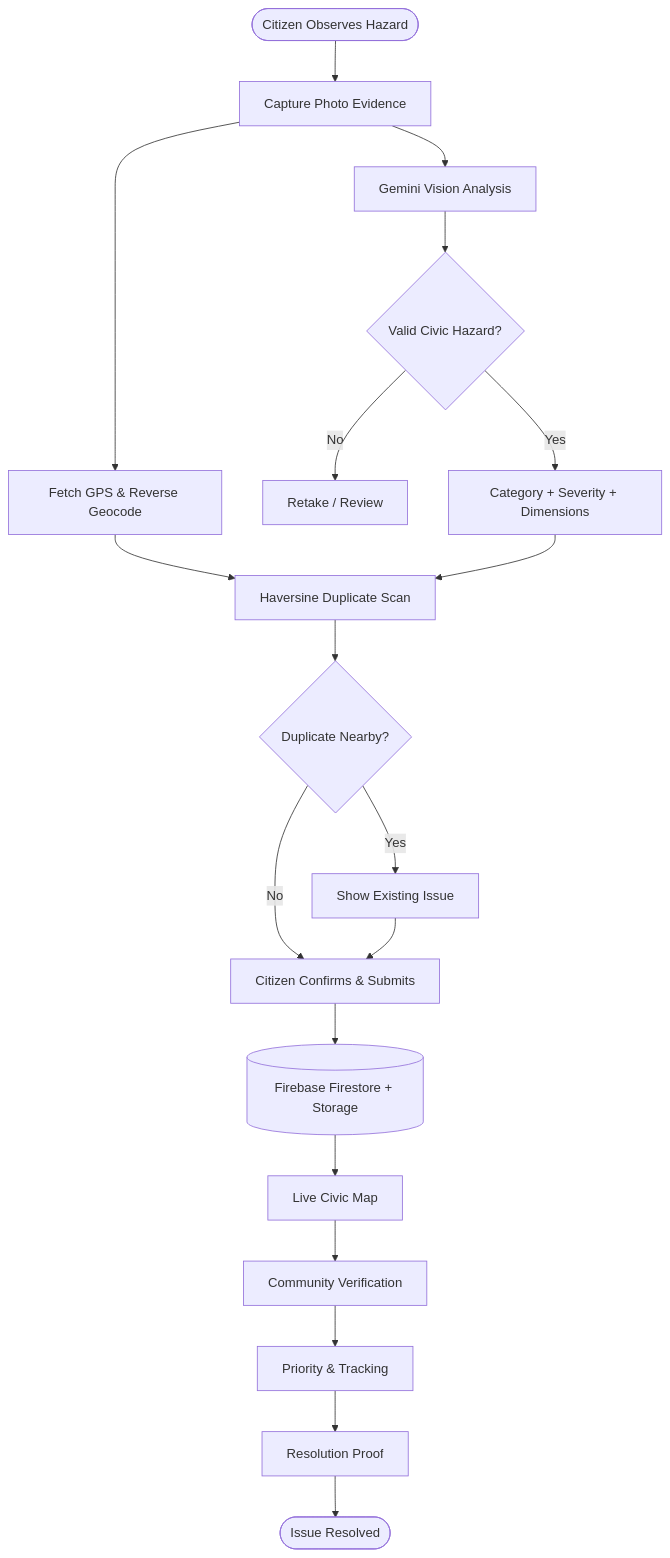
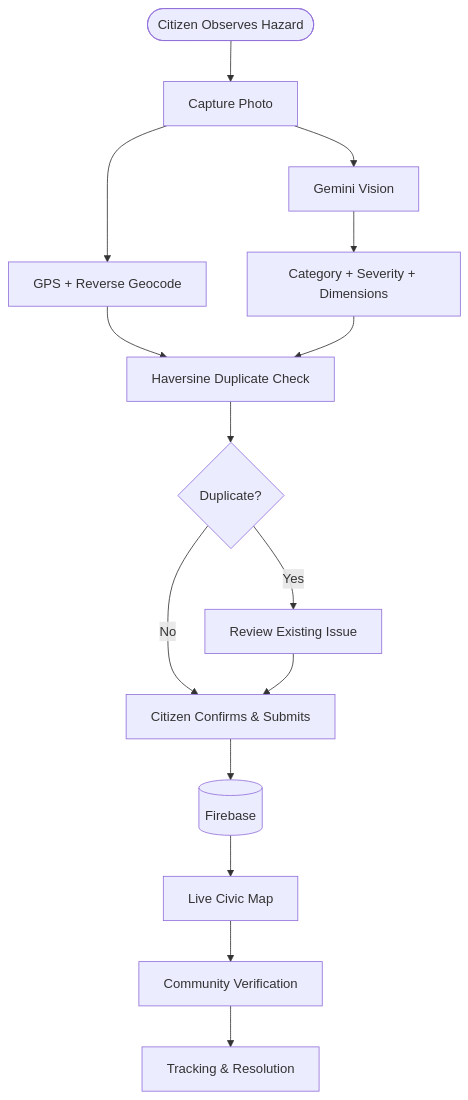
The first of 2 diagrams in README.md (Jyatin/-fixmyway), drawn with Mermaid before and after one commit. The commit also changed other lines of this file, not shown here.

Commit message:
Shorten README architecture diagram

````diff
--- a/README.md
+++ b/README.md
@@ -48,21 +48,17 @@
 ```mermaid
 flowchart TD
-    A([Citizen Observes Hazard]) --> B[Capture Photo Evidence]
-    B --> C[Fetch GPS & Reverse Geocode]
-    B --> D[Gemini Vision Analysis]
-    D --> E{Valid Civic Hazard?}
-    E -- No --> F[Retake / Review]
-    E -- Yes --> G[Category + Severity + Dimensions]
-    C --> H[Haversine Duplicate Scan]
-    G --> H
-    H --> I{Duplicate Nearby?}
-    I -- Yes --> J[Show Existing Issue]
-    I -- No --> K[Citizen Confirms & Submits]
-    J --> K
-    K --> L[(Firebase Firestore + Storage)]
-    L --> M[Live Civic Map]
-    M --> N[Community Verification]
-    N --> O[Priority & Tracking]
-    O --> P[Resolution Proof]
-    P --> Q([Issue Resolved])
+    A([Citizen Observes Hazard]) --> B[Capture Photo]
+    B --> C[GPS + Reverse Geocode]
+    B --> D[Gemini Vision]
+    D --> E[Category + Severity + Dimensions]
+    C --> F[Haversine Duplicate Check]
+    E --> F
+    F --> G{Duplicate?}
+    G -- Yes --> H[Review Existing Issue]
+    G -- No --> I[Citizen Confirms & Submits]
+    H --> I
+    I --> J[(Firebase)]
+    J --> K[Live Civic Map]
+    K --> L[Community Verification]
+    L --> M[Tracking & Resolution]
 ```
````
